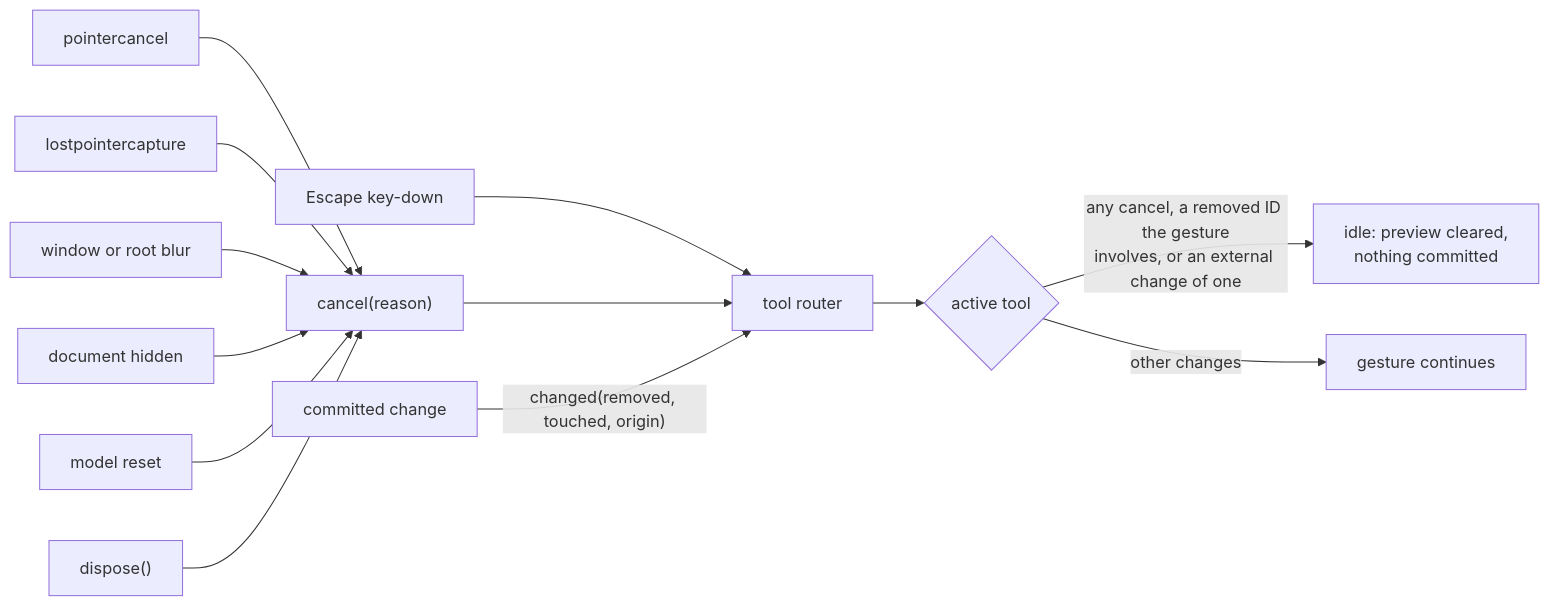
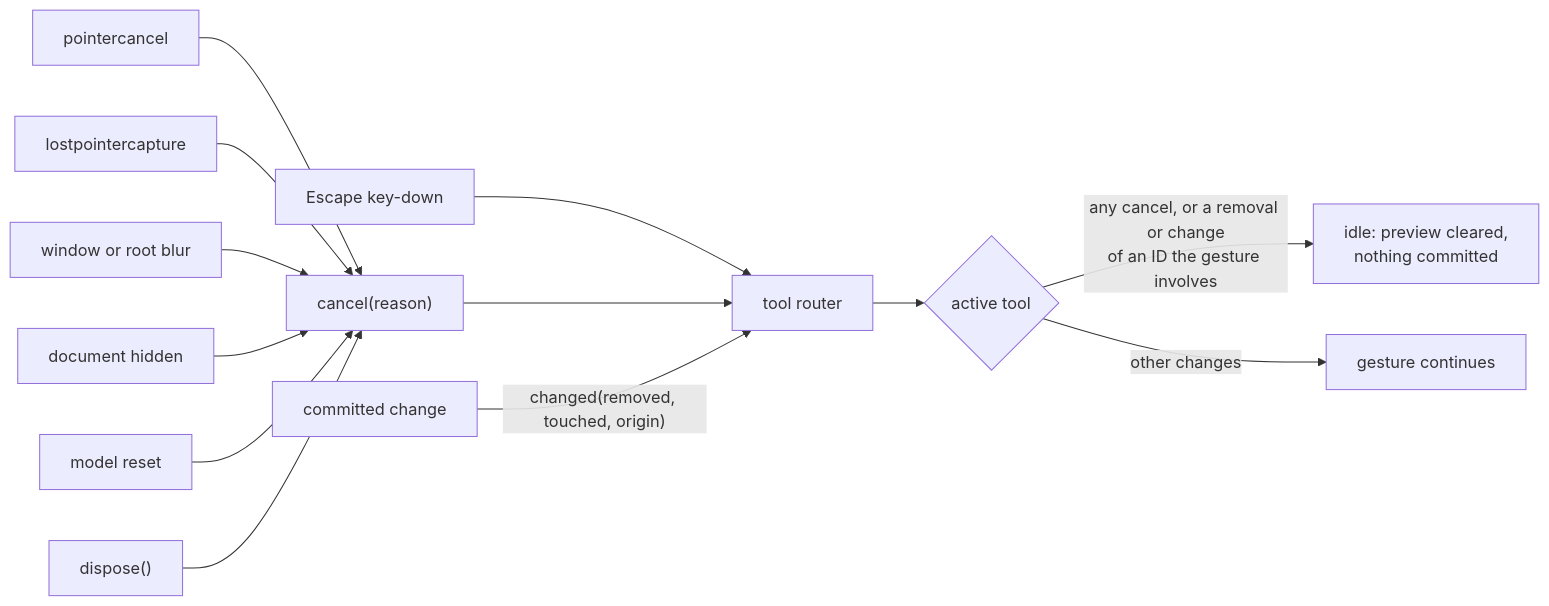
The fourth of 5 diagrams in docs/interaction.md (paceholder/nodeeditor-js), drawn with Mermaid before and after one commit. The commit also changed other lines of this file and 3 other files, not shown here.

````diff
--- a/docs/interaction.md
+++ b/docs/interaction.md
@@ -445,15 +477,15 @@
 ```mermaid
 flowchart LR
   pc["pointercancel"] --> cancel
   lc["lostpointercapture"] --> cancel
   blur["window or root blur"] --> cancel
   hidden["document hidden"] --> cancel
   reset["model reset"] --> cancel
   dispose["dispose()"] --> cancel
   esc["Escape key-down"] --> router
   cancel["cancel(reason)"] --> router["tool router"]
   changed["committed change"] -- "changed(removed, touched, origin)" --> router
   router --> tool{"active tool"}
-  tool -- "any cancel, a removed ID the gesture<br/>involves, or an external change of one" --> idle["idle: preview cleared,<br/>nothing committed"]
+  tool -- "any cancel, or a removal or change<br/>of an ID the gesture involves" --> idle["idle: preview cleared,<br/>nothing committed"]
   tool -- "other changes" --> goes["gesture continues"]
 ```
````
